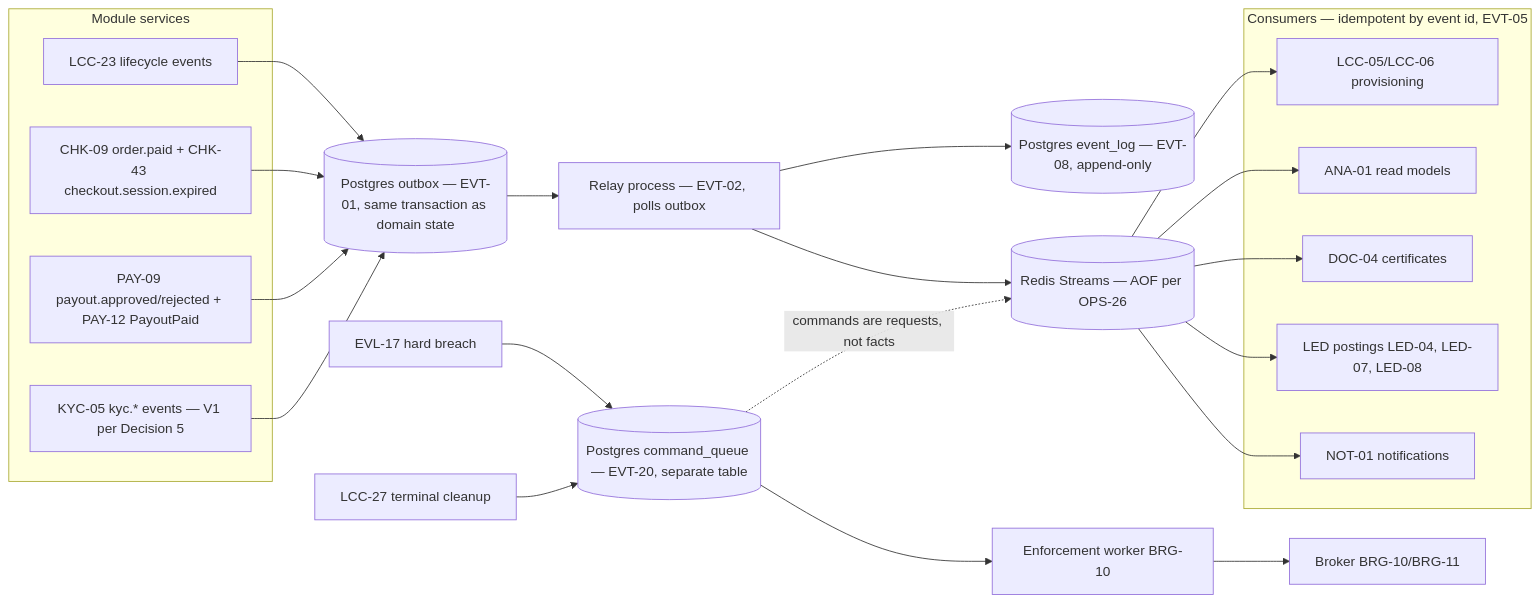
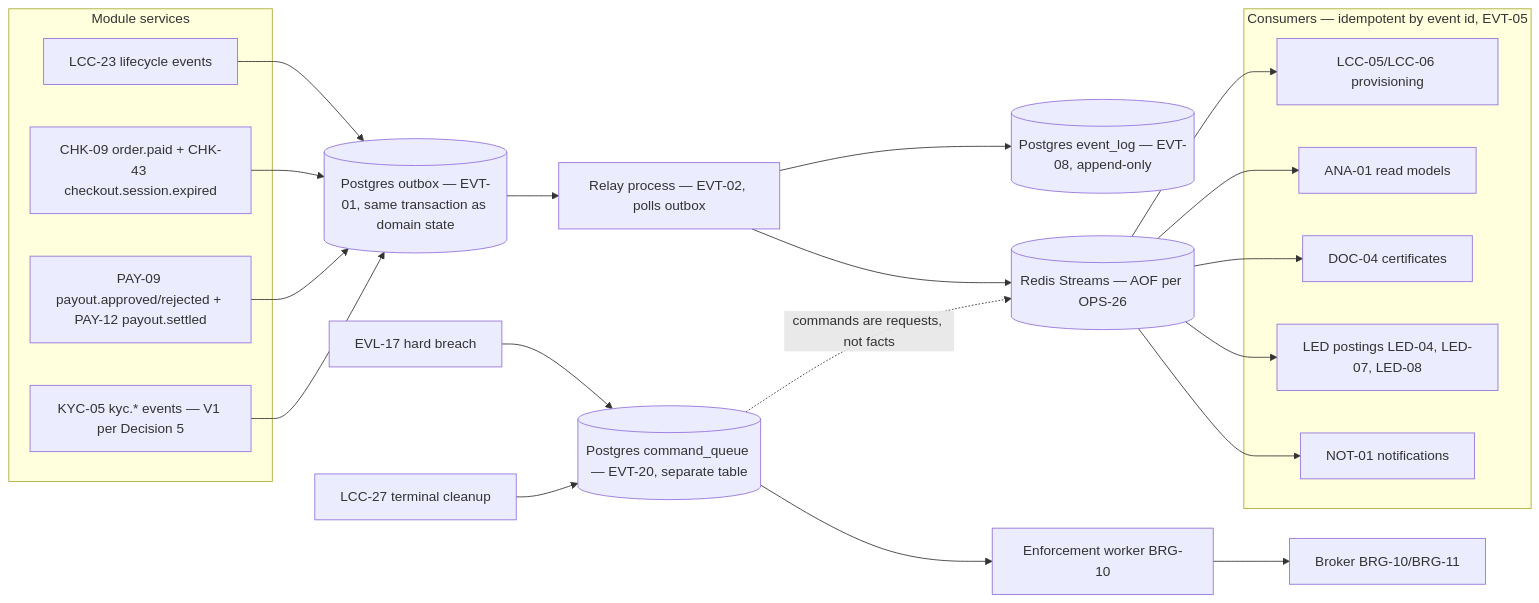
One commit to salmanbao/alpha-one changed the diagram in alpha-one/contracts/diagrams/event-bus.md. Above: the diagram before and after it, drawn with Mermaid. The commit also changed other lines of this file and 75 other files, not shown here.

````diff
--- a/alpha-one/contracts/diagrams/event-bus.md
+++ b/alpha-one/contracts/diagrams/event-bus.md
@@ -5,40 +5,40 @@
 ```mermaid
 flowchart LR
     subgraph producers[Module services]
         LCC[LCC-23 lifecycle events]
         CHK[CHK-09 order.paid + CHK-43 checkout.session.expired]
-        PAY[PAY-09 payout.approved/rejected + PAY-12 PayoutPaid]
+        PAY[PAY-09 payout.approved/rejected + PAY-12 payout.settled]
         KYC[KYC-05 kyc.* events — V1 per Decision 5]
     end
     OB[(Postgres outbox — EVT-01, same transaction as domain state)]
     RL[Relay process — EVT-02, polls outbox]
     RS[(Redis Streams — AOF per OPS-26)]
     LG[(Postgres event_log — EVT-08, append-only)]
     subgraph consumers[Consumers — idempotent by event id, EVT-05]
         NOT[NOT-01 notifications]
         LED[LED postings LED-04, LED-07, LED-08]
         DOC[DOC-04 certificates]
         ANA[ANA-01 read models]
         LCCP[LCC-05/LCC-06 provisioning]
     end
     CQ[(Postgres command_queue — EVT-20, separate table)]
     ENF[Enforcement worker BRG-10]
 
     LCC --> OB
     CHK --> OB
     PAY --> OB
     KYC --> OB
     OB --> RL
     RL --> RS
     RL --> LG
     RS --> NOT
     RS --> LED
     RS --> DOC
     RS --> ANA
     RS --> LCCP
     EVL17[EVL-17 hard breach] --> CQ
     LCC27[LCC-27 terminal cleanup] --> CQ
     CQ --> ENF
     ENF --> BRG[Broker BRG-10/BRG-11]
     CQ -.->|commands are requests, not facts| RS
 ```
````
